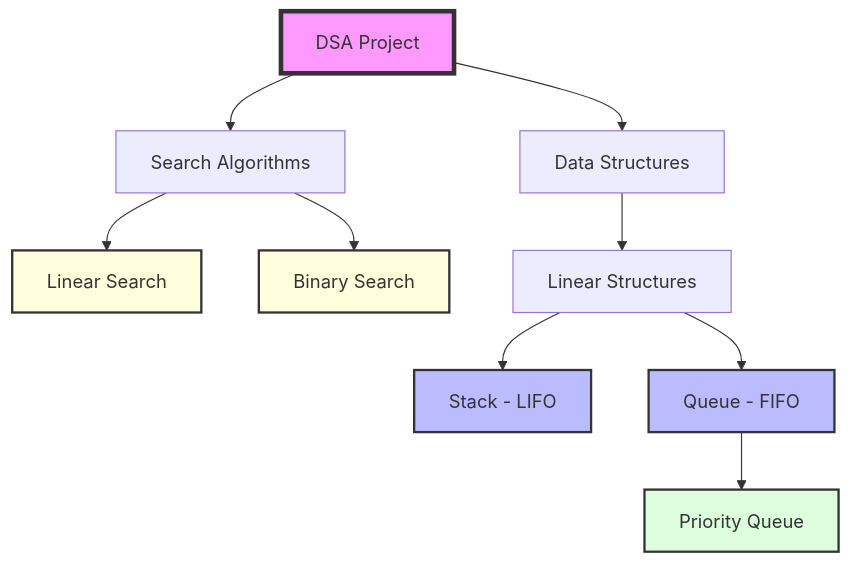
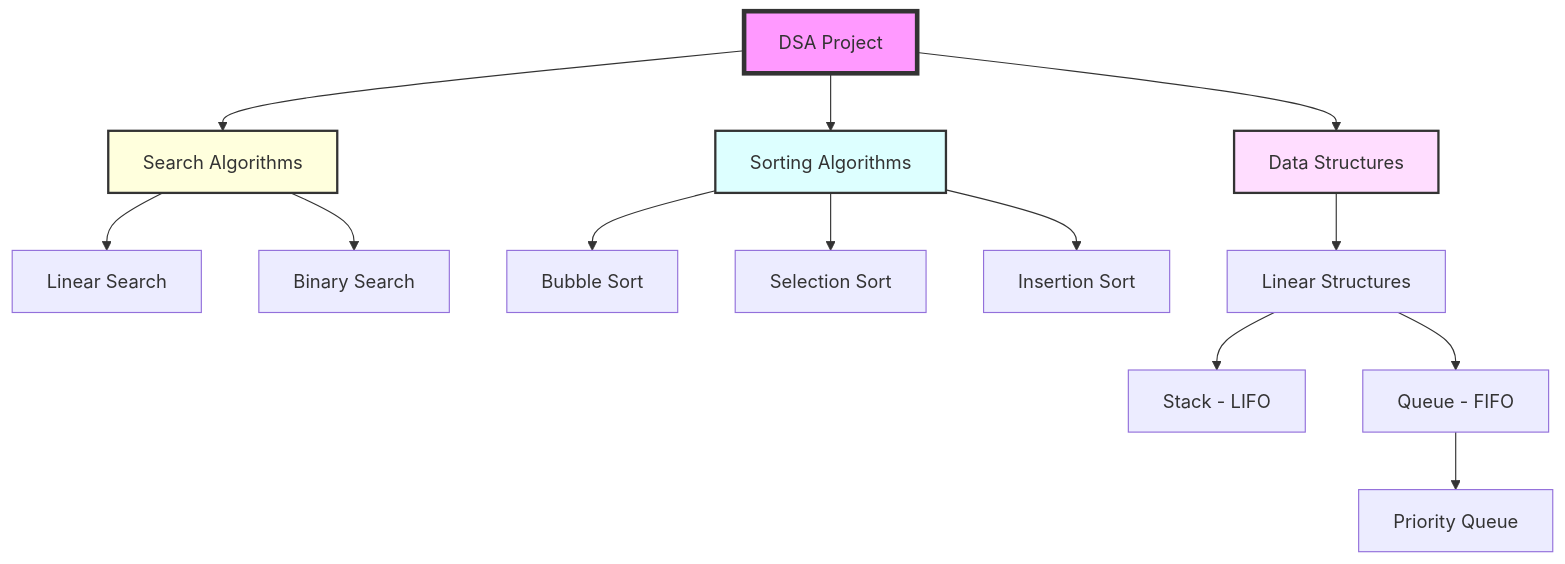
The diagram in README.md (ahmedGHtarek0/Data-Structure), drawn with Mermaid before and after one commit. The commit also changed other lines of this file and 6 other files, not shown here.

Commit message:
Add advanced guides for Bubble, Selection, and Insertion Sort, and update main README

````diff
--- a/README.md
+++ b/README.md
@@ -44,20 +52,23 @@
 ```mermaid
 graph TD
     DSA[DSA Project] --> Search[Search Algorithms]
+    DSA --> Sort[Sorting Algorithms]
     DSA --> DS[Data Structures]
     
     Search --> LS[Linear Search]
     Search --> BS[Binary Search]
+    
+    Sort --> BSort[Bubble Sort]
+    Sort --> SSort[Selection Sort]
+    Sort --> ISort[Insertion Sort]
     
     DS --> Linear[Linear Structures]
     Linear --> S[Stack - LIFO]
     Linear --> Q[Queue - FIFO]
     Q --> PQ[Priority Queue]
     
     style DSA fill:#f9f,stroke:#333,stroke-width:4px
-    style LS fill:#ffd,stroke:#333,stroke-width:2px
-    style BS fill:#ffd,stroke:#333,stroke-width:2px
-    style S fill:#bbf,stroke:#333,stroke-width:2px
-    style Q fill:#bbf,stroke:#333,stroke-width:2px
-    style PQ fill:#dfd,stroke:#333,stroke-width:2px
+    style Search fill:#ffd,stroke:#333,stroke-width:2px
+    style Sort fill:#dff,stroke:#333,stroke-width:2px
+    style DS fill:#fdf,stroke:#333,stroke-width:2px
 ```
````
